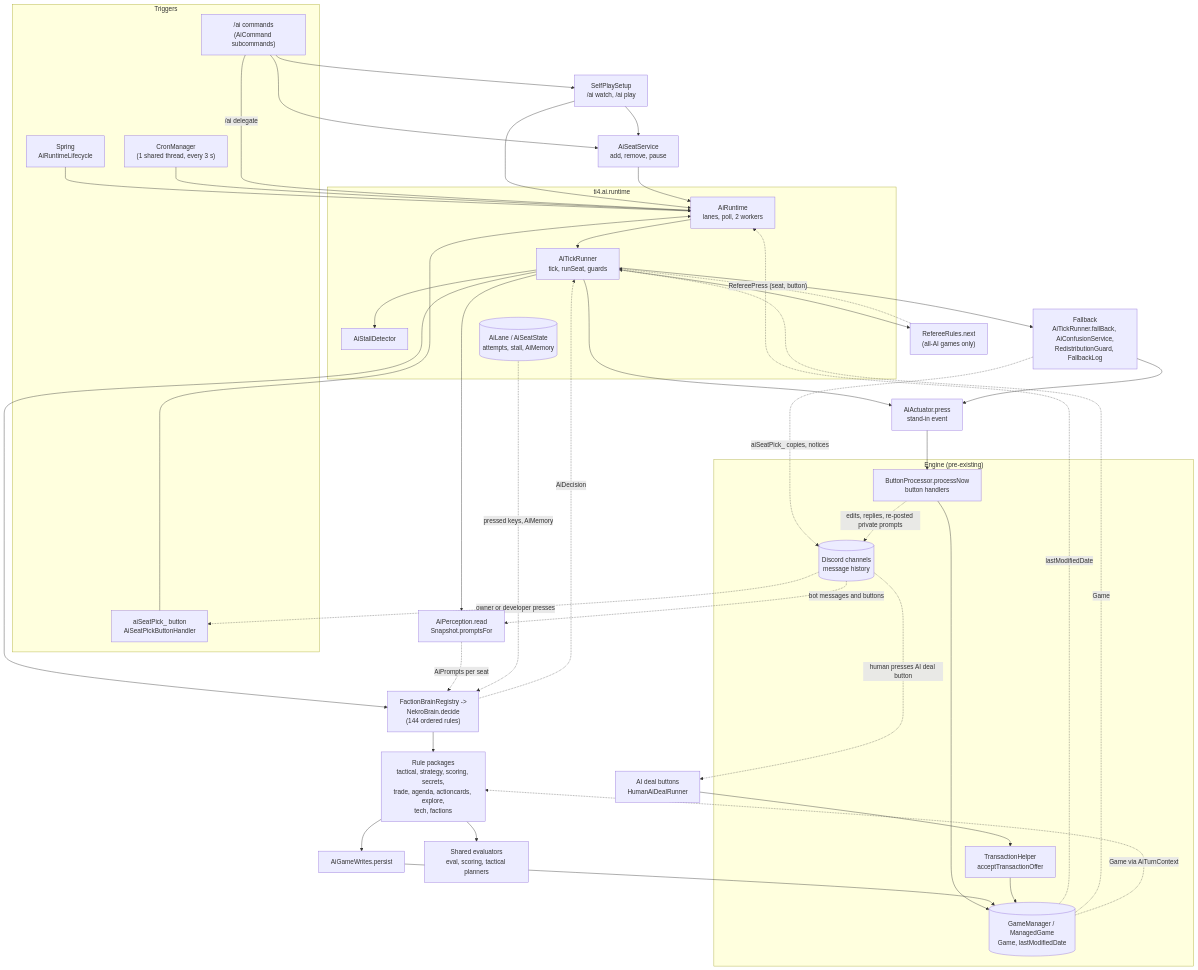
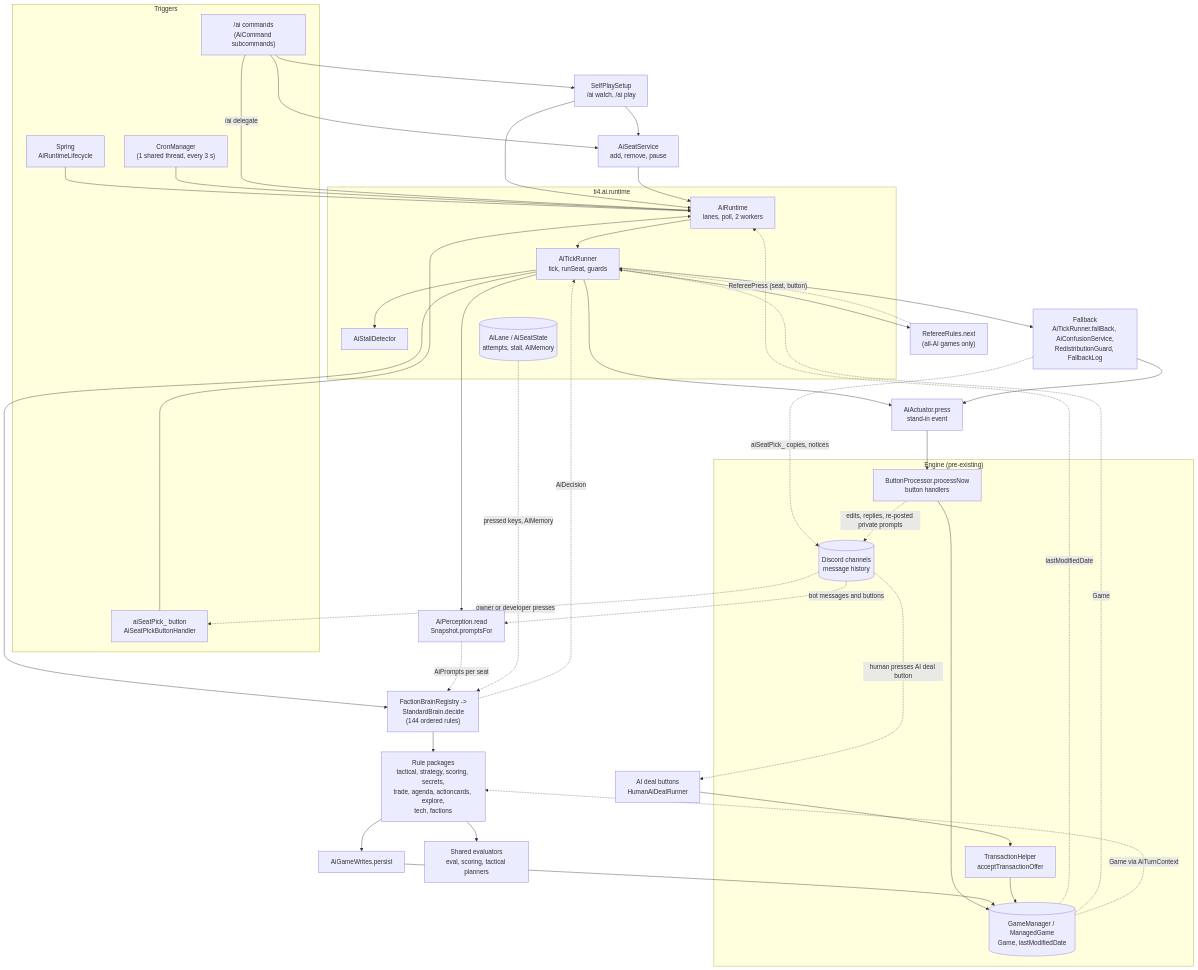
The first of 6 diagrams in src/main/java/ti4/ai/README.md (AsyncTI4/TI4_map_generator_bot), drawn with Mermaid before and after one commit. The commit also changed other lines of this file and 64 other files, not shown here.

````diff
--- a/src/main/java/ti4/ai/README.md
+++ b/src/main/java/ti4/ai/README.md
@@ -240,71 +242,71 @@
 ```mermaid
 flowchart TD
     subgraph Triggers
         Spring["Spring<br/>AiRuntimeLifecycle"]
         Cron["CronManager<br/>(1 shared thread, every 3 s)"]
         Cmd["/ai commands<br/>(AiCommand subcommands)"]
         PickBtn["aiSeatPick_ button<br/>AiSeatPickButtonHandler"]
     end
     subgraph Runtime["ti4.ai.runtime"]
         RT["AiRuntime<br/>lanes, poll, 2 workers"]
         TR["AiTickRunner<br/>tick, runSeat, guards"]
         SD["AiStallDetector"]
         State[("AiLane / AiSeatState<br/>attempts, stall, AiMemory")]
     end
     Seat["AiSeatService<br/>add, remove, pause"]
     SPS["SelfPlaySetup<br/>/ai watch, /ai play"]
     Perc["AiPerception.read<br/>Snapshot.promptsFor"]
-    Brain["FactionBrainRegistry -><br/>NekroBrain.decide<br/>(144 ordered rules)"]
+    Brain["FactionBrainRegistry -><br/>StandardBrain.decide<br/>(144 ordered rules)"]
     Rules["Rule packages<br/>tactical, strategy, scoring, secrets,<br/>trade, agenda, actioncards, explore,<br/>tech, factions"]
     Eval["Shared evaluators<br/>eval, scoring, tactical planners"]
     Act["AiActuator.press<br/>stand-in event"]
     FB["Fallback<br/>AiTickRunner.fallBack, AiConfusionService,<br/>RedistributionGuard, FallbackLog"]
     Ref["RefereeRules.next<br/>(all-AI games only)"]
     Writes["AiGameWrites.persist"]
     DealBtn["AI deal buttons<br/>HumanAiDealRunner"]
     subgraph Engine["Engine (pre-existing)"]
         BP["ButtonProcessor.processNow<br/>button handlers"]
         GM[("GameManager / ManagedGame<br/>Game, lastModifiedDate")]
         Tx["TransactionHelper<br/>acceptTransactionOffer"]
         Discord[("Discord channels<br/>message history")]
     end
 
     Spring --> RT
     Cron --> RT
     Cmd --> Seat
     Cmd --> SPS
     SPS --> Seat
     SPS --> RT
     Seat --> RT
     Cmd -- "/ai delegate" --> RT
     PickBtn --> RT
     RT --> TR
     TR --> Perc
     TR --> Brain
     TR --> SD
     TR --> Act
     TR --> FB
     TR --> Ref
     Brain --> Rules
     Rules --> Eval
     Rules --> Writes
     FB --> Act
     Act --> BP
     BP --> GM
     Writes --> GM
     DealBtn --> Tx
     Tx --> GM
 
     GM -. "lastModifiedDate" .-> RT
     GM -. "Game" .-> TR
     Discord -. "bot messages and buttons" .-> Perc
     Perc -. "AiPrompts per seat" .-> Brain
     State -. "pressed keys, AiMemory" .-> Brain
     GM -. "Game via AiTurnContext" .-> Rules
     Brain -. "AiDecision" .-> TR
     Ref -. "RefereePress (seat, button)" .-> TR
     FB -. "aiSeatPick_ copies, notices" .-> Discord
     BP -. "edits, replies, re-posted private prompts" .-> Discord
     Discord -. "owner or developer presses" .-> PickBtn
     Discord -. "human presses AI deal button" .-> DealBtn
 ```
````
